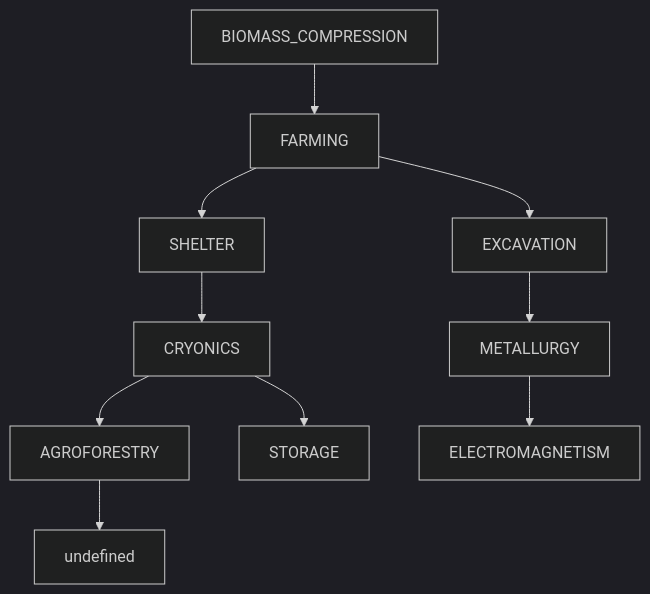
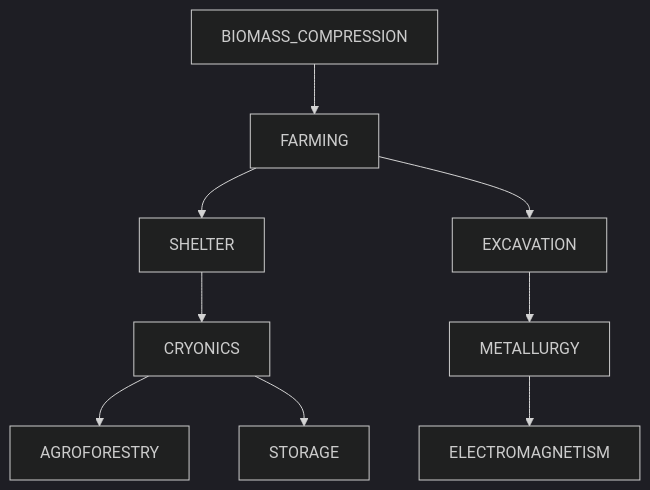
One commit to krnsk0/idler changed the diagram in docs/TECH_TREE.md. Above: the diagram before and after it, drawn with Mermaid (dark theme). The commit also changed 1 other file, not shown here.

Commit message:
remove another ref to biomass rec

````diff
--- a/docs/TECH_TREE.md
+++ b/docs/TECH_TREE.md
@@ -6,13 +6,12 @@
 ```mermaid
 flowchart TD;
   BIOMASS_COMPRESSION --> FARMING
   FARMING --> SHELTER
   FARMING --> EXCAVATION
   SHELTER --> CRYONICS
   CRYONICS --> AGROFORESTRY
   CRYONICS --> STORAGE
-  AGROFORESTRY --> undefined
   EXCAVATION --> METALLURGY
   METALLURGY --> ELECTROMAGNETISM
 
 ```
````
